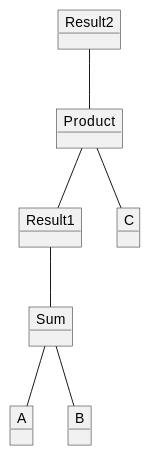
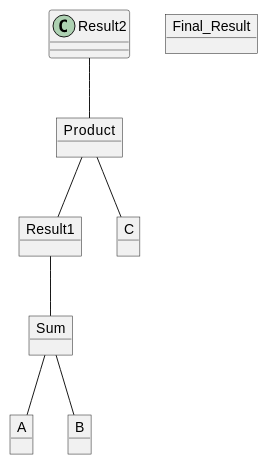
The diagram in doc/computation_tree.md (ewaybotYan/liblooklike), drawn with PlantUML before and after one commit. The commit also changed other lines of this file and 9 other files, not shown here.

```diff
--- a/doc/computation_tree.md
+++ b/doc/computation_tree.md
@@ -21,16 +21,16 @@
 @startuml{evaluation_tree.png}
 object A
 object B
 object Sum
 object Result1
 object C
 object Product
-object Result2
+object Final_Result
 
 Sum -- A
 Sum -- B
 Result1 -- Sum
 Product -- Result1
 Product -- C
 Result2 -- Product
 @enduml
```
